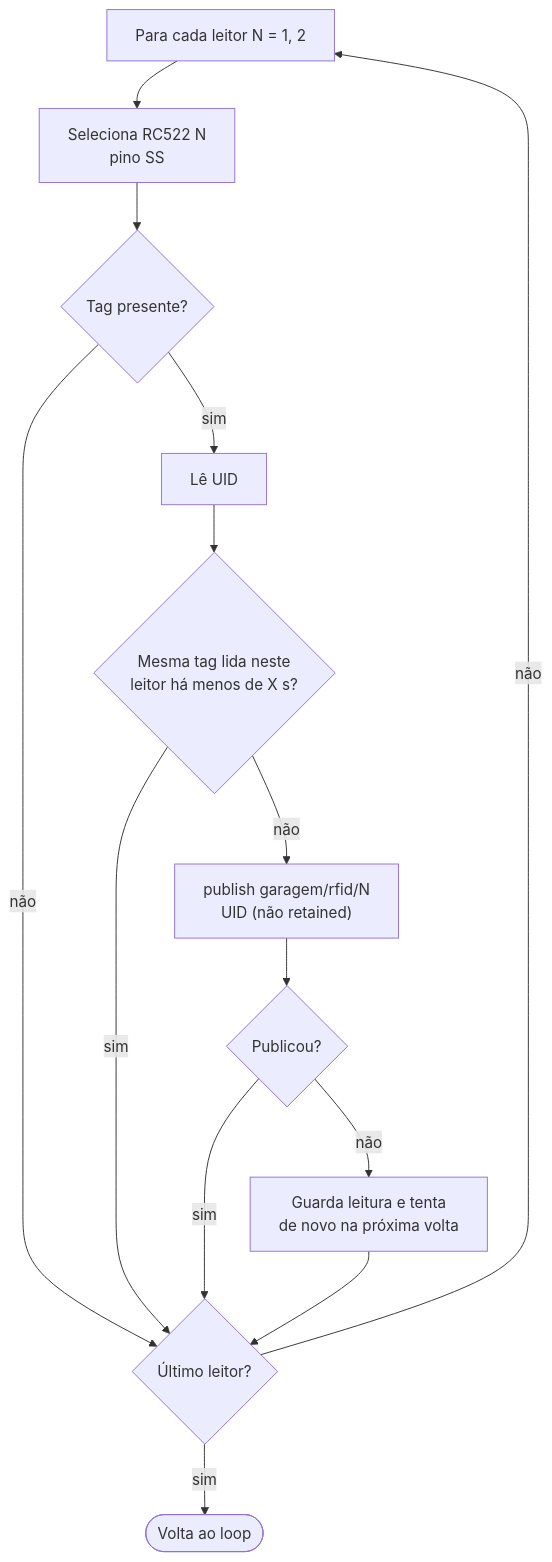
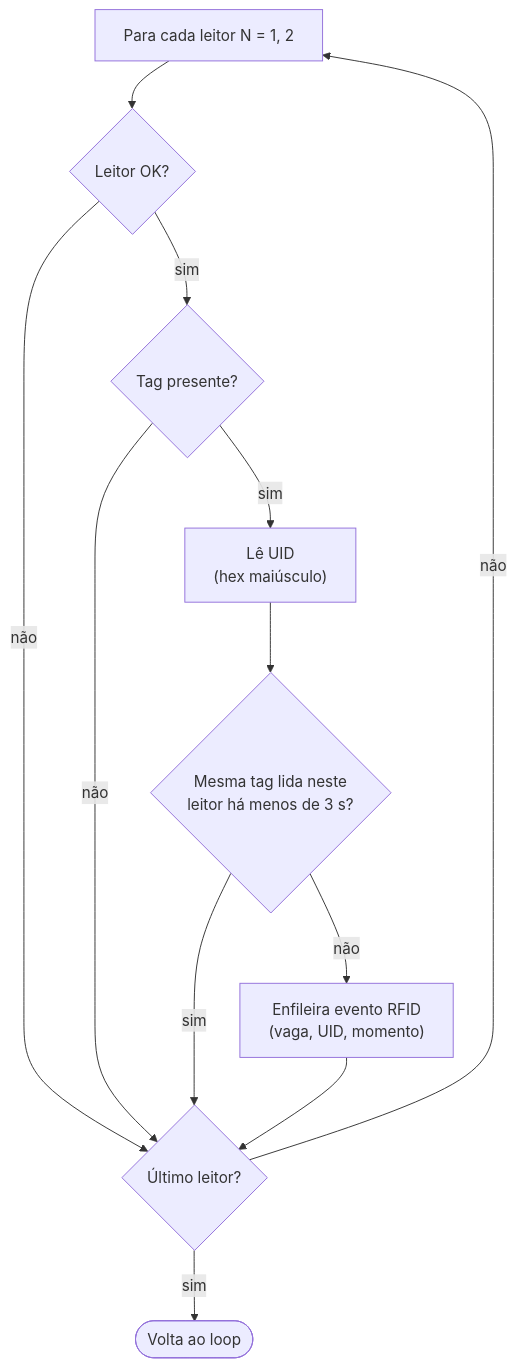
One commit to VynicyusCandido/iotHorangoTango changed the fifth of 8 diagrams in docs/fluxograma-firmware.md. Above: the diagram before and after it, drawn with Mermaid. The commit also changed other lines of this file and 6 other files, not shown here.

````diff
--- a/docs/fluxograma-firmware.md
+++ b/docs/fluxograma-firmware.md
@@ -104,16 +122,14 @@
 ```mermaid
 flowchart TD
-    A[Para cada leitor N = 1, 2] --> B[Seleciona RC522 N<br/>pino SS]
-    B --> L{Tag presente?}
+    A[Para cada leitor N = 1, 2] --> K{Leitor OK?}
+    K -- não --> X
+    K -- sim --> L{Tag presente?}
     L -- não --> X
-    L -- sim --> M[Lê UID]
-    M --> N{Mesma tag lida neste<br/>leitor há menos de X s?}
+    L -- sim --> M["Lê UID<br/>(hex maiúsculo)"]
+    M --> N{Mesma tag lida neste<br/>leitor há menos de 3 s?}
     N -- sim --> X
-    N -- não --> O["publish garagem/rfid/N<br/>UID (não retained)"]
-    O --> P{Publicou?}
-    P -- sim --> X
-    P -- não --> Q[Guarda leitura e tenta<br/>de novo na próxima volta] --> X
-    X{Último leitor?}
+    N -- não --> O["Enfileira evento RFID<br/>(vaga, UID, momento)"]
+    O --> X{Último leitor?}
     X -- não --> A
     X -- sim --> Z([Volta ao loop])
 ```
````
